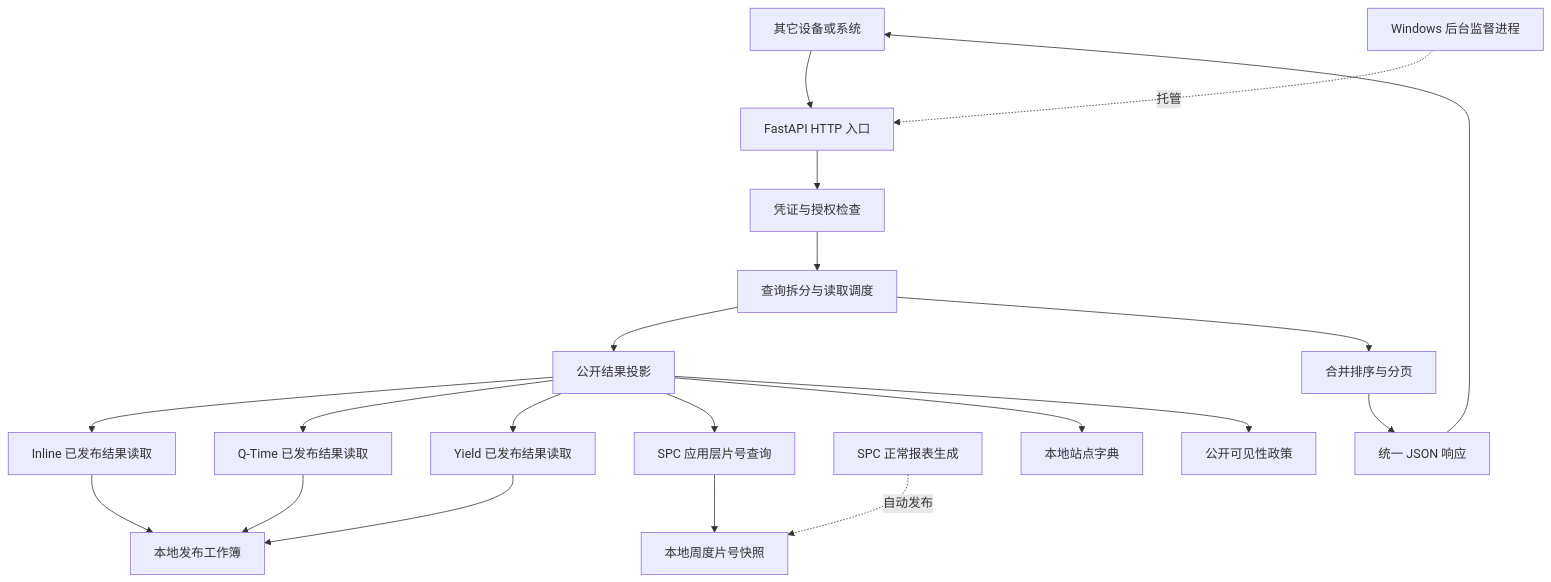
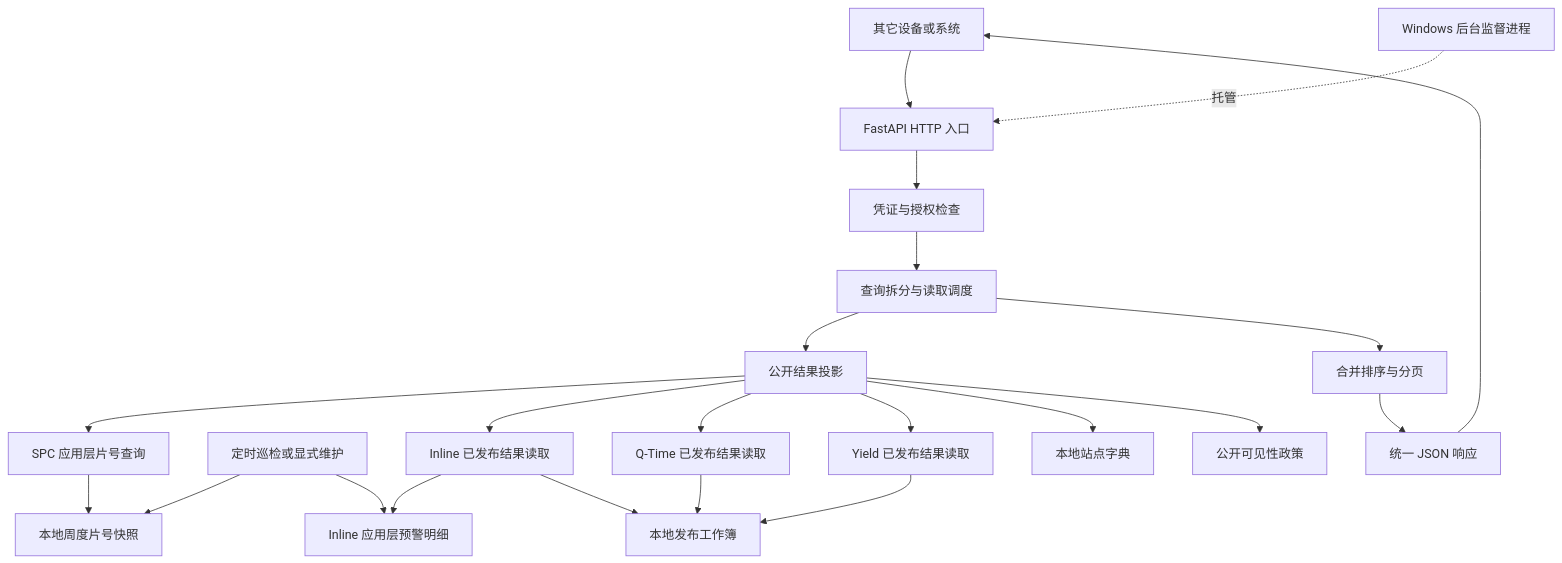
The diagram in references/domain/api/architecture-sheet-anomaly-api.md (wzygio/vivo-project), drawn with Mermaid before and after one commit. The commit also changed other lines of this file and 129 other files, not shown here.

````diff
--- a/references/domain/api/architecture-sheet-anomaly-api.md
+++ b/references/domain/api/architecture-sheet-anomaly-api.md
@@ -17,22 +17,24 @@
 ```mermaid
 flowchart TD
     Caller[其它设备或系统] --> HTTP[FastAPI HTTP 入口]
     HTTP --> Auth[凭证与授权检查]
     Auth --> Query[查询拆分与读取调度]
     Query --> Projection[公开结果投影]
     Projection --> Inline[Inline 已发布结果读取]
     Projection --> QTime[Q-Time 已发布结果读取]
     Projection --> Yield[Yield 已发布结果读取]
     Inline --> Files[本地发布工作簿]
     Projection --> Members[SPC 应用层片号查询]
     Members --> MemberFiles[本地周度片号快照]
-    Report[SPC 正常报表生成] -. 自动发布 .-> MemberFiles
+    Inspection[定时巡检或显式维护] --> MemberFiles
+    Inspection --> Rows[Inline 应用层预警明细]
+    Inline --> Rows
     QTime --> Files
     Yield --> Files
     Projection --> Metadata[本地站点字典]
     Projection --> Policy[公开可见性政策]
     Query --> Merge[合并排序与分页]
     Merge --> JSON[统一 JSON 响应]
     JSON --> Caller
     Host[Windows 后台监督进程] -. 托管 .-> HTTP
 ```
````
